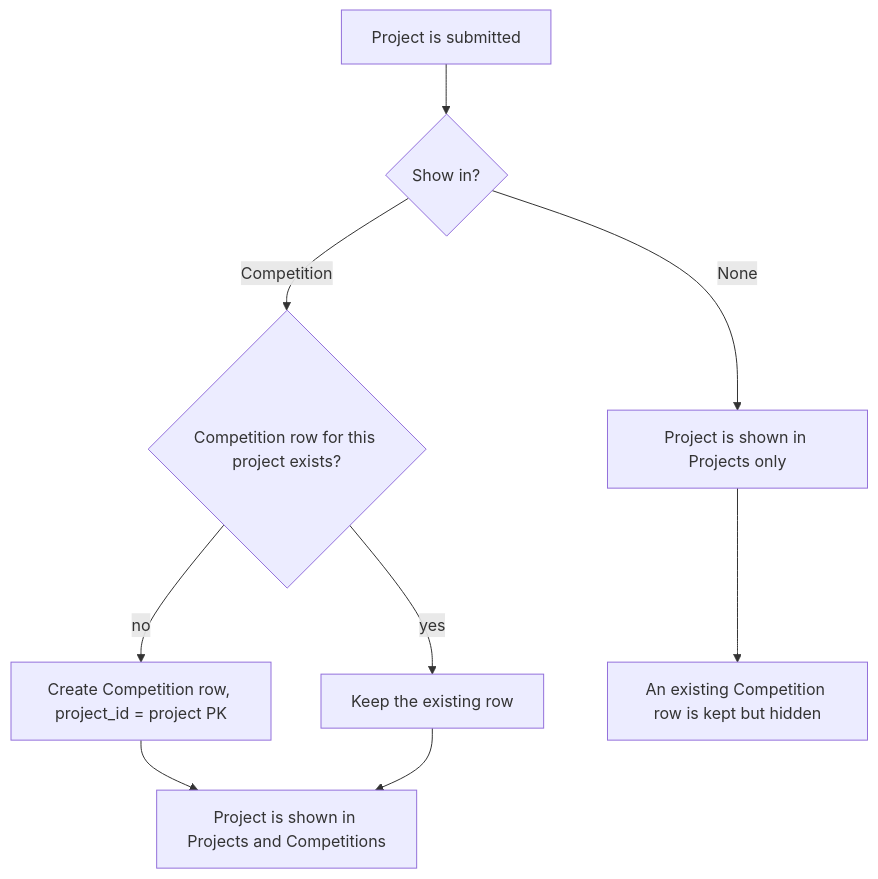
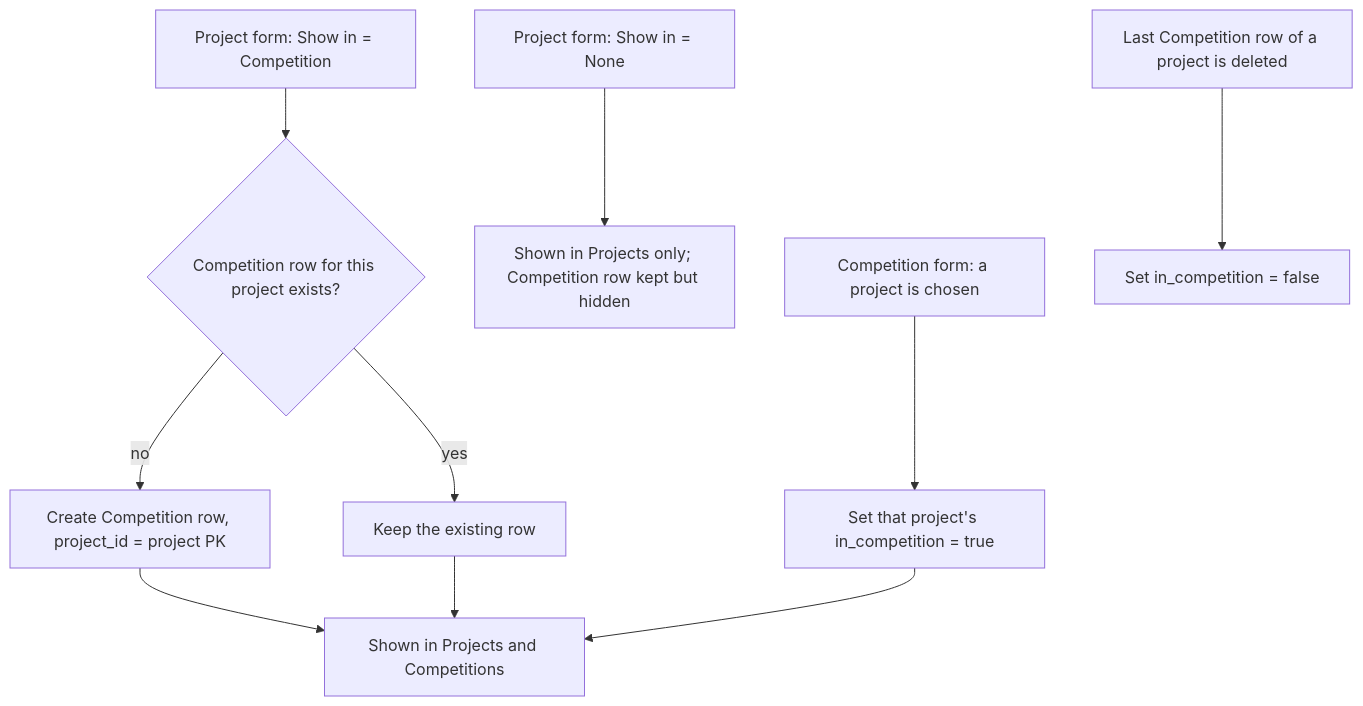
One commit to hasibhasan1839/layersoftime2 changed the third of 3 diagrams in README.md. Above: the diagram before and after it, drawn with Mermaid. The commit also changed other lines of this file and 170 other files, not shown here.

````diff
--- a/README.md
+++ b/README.md
@@ -400,11 +719,13 @@
 ```mermaid
 flowchart TD
-    A[Project is submitted] --> B{Show in?}
-    B -- Competition --> C{Competition row for this project exists?}
-    C -- no --> D[Create Competition row, project_id = project PK]
-    C -- yes --> E[Keep the existing row]
-    D --> F[Project is shown in Projects and Competitions]
-    E --> F
-    B -- None --> G[Project is shown in Projects only]
-    G --> H[An existing Competition row is kept but hidden]
+    A[Project form: Show in = Competition] --> B{Competition row for this project exists?}
+    B -- no --> C[Create Competition row, project_id = project PK]
+    B -- yes --> D[Keep the existing row]
+    C --> E[Shown in Projects and Competitions]
+    D --> E
+    A2[Project form: Show in = None] --> F[Shown in Projects only; Competition row kept but hidden]
+
+    G[Competition form: a project is chosen] --> H[Set that project's in_competition = true]
+    H --> E
+    I[Last Competition row of a project is deleted] --> J[Set in_competition = false]
 ```
````
